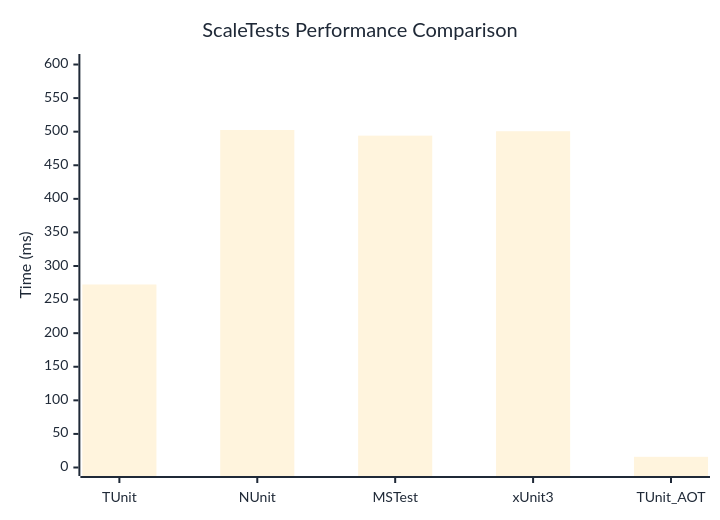
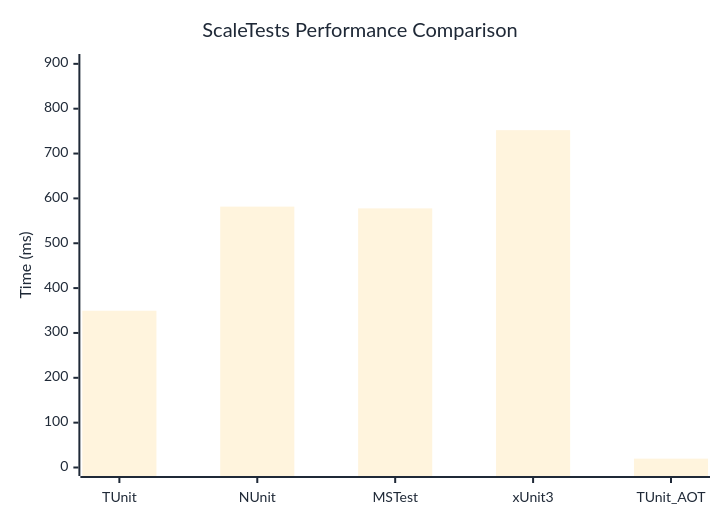
The diagram in docs/docs/benchmarks/engine/ScaleTests.md (thomhurst/TUnit), drawn with Mermaid before and after one commit. The commit also changed other lines of this file and 18 other files, not shown here.

````diff
--- a/docs/docs/benchmarks/engine/ScaleTests.md
+++ b/docs/docs/benchmarks/engine/ScaleTests.md
@@ -29,37 +29,37 @@
 ```mermaid
 %%{init: {
   'theme':'base',
   'themeVariables': {
     'primaryColor': '#2563eb',
     'primaryTextColor': '#1f2937',
     'primaryBorderColor': '#1e40af',
     'lineColor': '#6b7280',
     'secondaryColor': '#7c3aed',
     'tertiaryColor': '#dc2626',
     'background': '#ffffff',
     'mainBkg': '#2563eb',
     'secondBkg': '#7c3aed',
     'tertiaryBkg': '#dc2626',
     'clusterBkg': '#f3f4f6',
     'edgeLabelBackground': '#ffffff',
     'tertiaryTextColor': '#1f2937',
     'pie1': '#2563eb',
     'pie2': '#7c3aed',
     'pie3': '#dc2626',
     'pie4': '#f59e0b',
     'pie5': '#10b981',
     'pie6': '#06b6d4',
     'pie7': '#ec4899',
     'pie8': '#6366f1',
     'pie9': '#84cc16',
     'pie10': '#f97316',
     'pie11': '#14b8a6',
     'pie12': '#a855f7'
   }
 }}%%
 xychart-beta
   title "ScaleTests Performance Comparison"
   x-axis ["TUnit", "NUnit", "MSTest", "xUnit3", "TUnit_AOT"]
-  y-axis "Time (ms)" 0 --> 603
-  bar [272.51, 502.5, 494.11, 500.67, 15.92]
+  y-axis "Time (ms)" 0 --> 903
+  bar [349.5, 581.67, 577.69, 752.17, 19.74]
 ```
````
